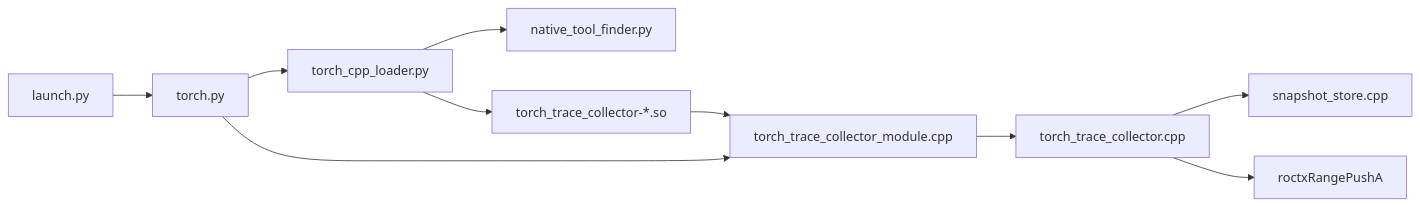
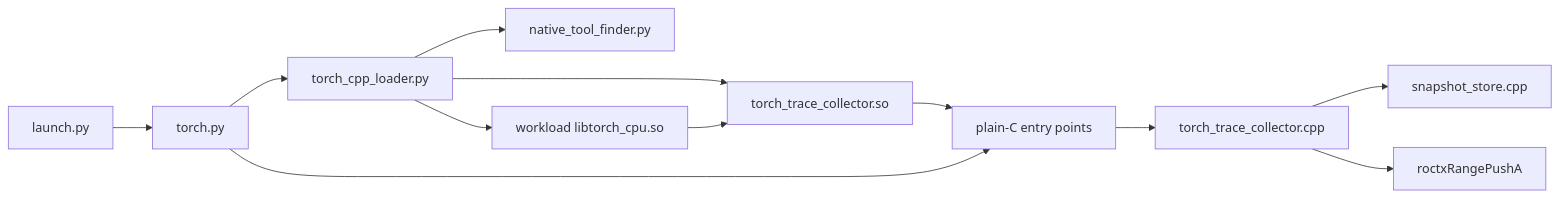
One commit to ROCm/rocm-systems changed the first of 2 diagrams in projects/rocprofiler-compute/docs/design/lld-torch-trace-collector.md. Above: the diagram before and after it, drawn with Mermaid. The commit also changed other lines of this file and 24 other files, not shown here.

Commit message:
[rocprofiler-compute] Build Torch collector without PyTorch

````diff
--- a/projects/rocprofiler-compute/docs/design/lld-torch-trace-collector.md
+++ b/projects/rocprofiler-compute/docs/design/lld-torch-trace-collector.md
@@ -11,12 +11,14 @@
 ```mermaid
 flowchart LR
   launch["launch.py"] --> torch["torch.py"]
   torch --> loader["torch_cpp_loader.py"]
   loader --> finder["native_tool_finder.py"]
-  loader --> so["torch_trace_collector-*.so"]
-  so --> module["torch_trace_collector_module.cpp"]
-  torch --> module
-  module --> core["torch_trace_collector.cpp"]
+  loader --> cpu["workload libtorch_cpu.so"]
+  loader --> so["torch_trace_collector.so"]
+  cpu --> so
+  so --> api["plain-C entry points"]
+  torch --> api
+  api --> core["torch_trace_collector.cpp"]
   core --> snap["snapshot_store.cpp"]
   core --> roctx["roctxRangePushA"]
 ```
````
